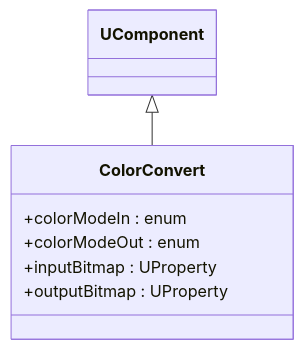
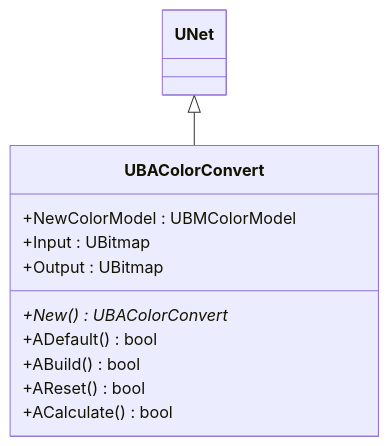
The first of 6 diagrams in Docs/Components/ColorConvert.md (aicommunity/Rdk-CvBasicLib), drawn with Mermaid before and after one commit. The commit also changed other lines of this file and 14 other files, not shown here.

````diff
--- a/Docs/Components/ColorConvert.md
+++ b/Docs/Components/ColorConvert.md
@@ -8,10 +8,15 @@
 ```mermaid
 classDiagram
-    UComponent <|-- ColorConvert
-    class ColorConvert {
-        +colorModeIn : enum
-        +colorModeOut : enum
-        +inputBitmap : UProperty
-        +outputBitmap : UProperty
+    UNet <|-- UBAColorConvert
+
+    class UBAColorConvert {
+        +NewColorModel : UBMColorModel
+        +Input : UBitmap
+        +Output : UBitmap
+        +New() UBAColorConvert*
+        +ADefault() bool
+        +ABuild() bool
+        +AReset() bool
+        +ACalculate() bool
     }
 ```
````
